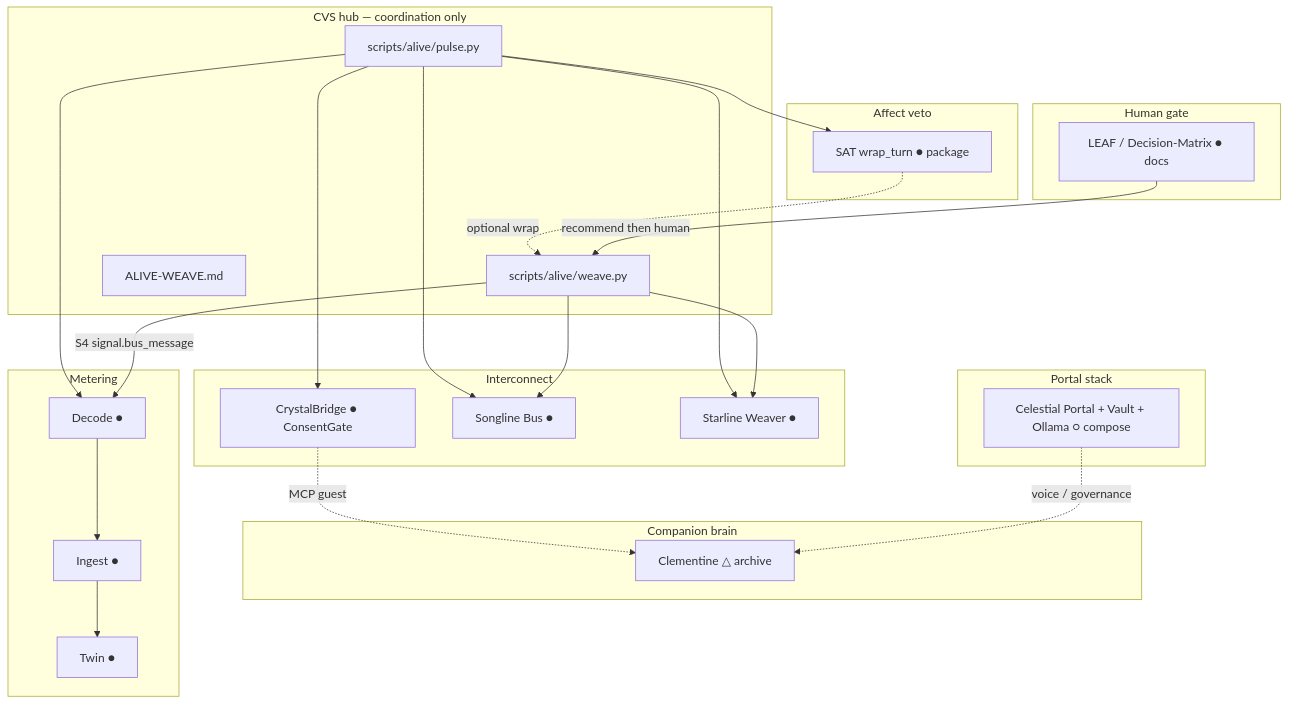
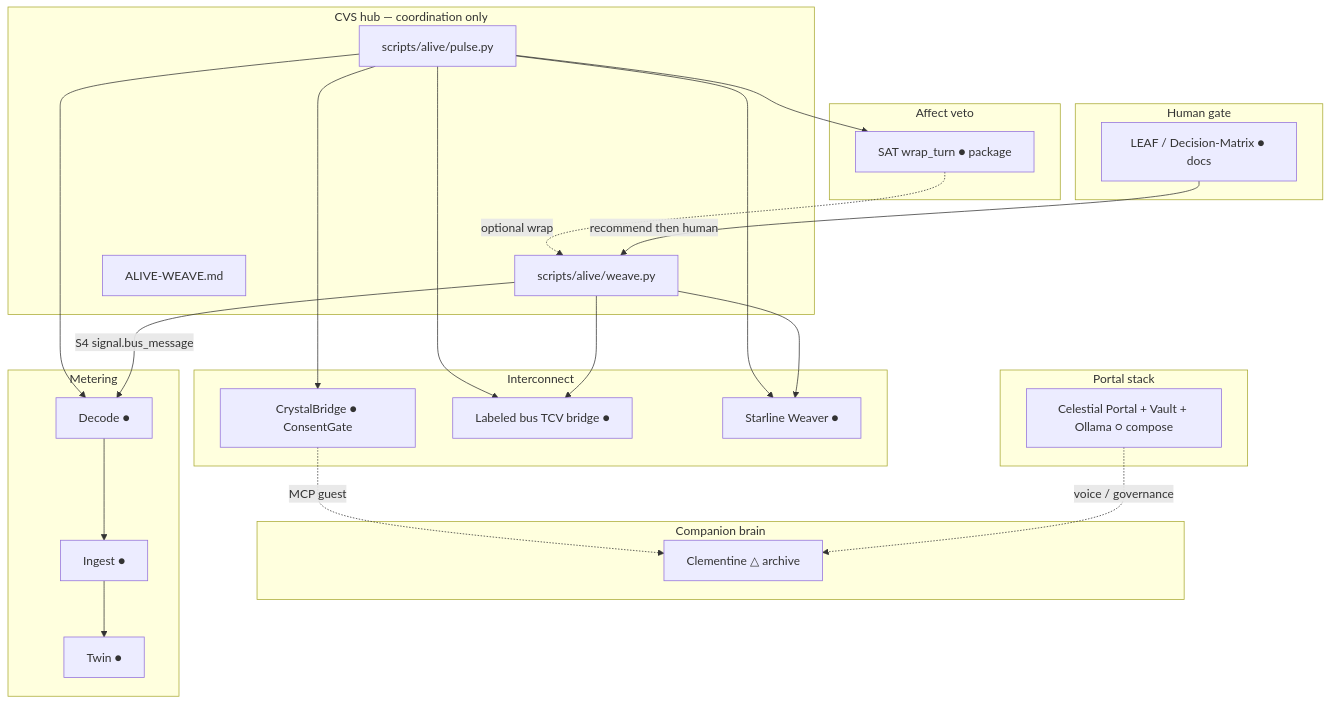
One commit to CrystalArchitect/The-Crystal-Vision-System changed the diagram in 00_MASTER_INDEX/ALIVE-WEAVE.md. Above: the diagram before and after it, drawn with Mermaid. The commit also changed other lines of this file and 8 other files, not shown here.

First line of the commit message:
Drop Songline from hub titles in Alive Weave

````diff
--- a/00_MASTER_INDEX/ALIVE-WEAVE.md
+++ b/00_MASTER_INDEX/ALIVE-WEAVE.md
@@ -21,50 +21,50 @@
 ```mermaid
 flowchart TB
   subgraph hub ["CVS hub — coordination only"]
     Pulse["scripts/alive/pulse.py"]
     Weave["scripts/alive/weave.py"]
     Map["ALIVE-WEAVE.md"]
   end
 
   subgraph companion ["Companion brain"]
     Clem["Clementine △ archive"]
   end
 
   subgraph interconnect ["Interconnect"]
     Bridge["CrystalBridge ● ConsentGate"]
-    Song["Songline Bus ●"]
+    TcvBus["Labeled bus TCV bridge ●"]
     Star["Starline Weaver ●"]
   end
 
   subgraph affect ["Affect veto"]
     SAT["SAT wrap_turn ● package"]
   end
 
   subgraph metering ["Metering"]
     Decode["Decode ●"]
     Ingest["Ingest ●"]
     Twin["Twin ●"]
   end
 
   subgraph portal ["Portal stack"]
     Portal["Celestial Portal + Vault + Ollama ○ compose"]
   end
 
   subgraph human ["Human gate"]
     Leaf["LEAF / Decision-Matrix ● docs"]
   end
 
-  Pulse --> Song
+  Pulse --> TcvBus
   Pulse --> Star
   Pulse --> Bridge
   Pulse --> Decode
   Pulse --> SAT
-  Weave --> Song
+  Weave --> TcvBus
   Weave --> Star
   Weave -->|"S4 signal.bus_message"| Decode
   Decode --> Ingest --> Twin
   Bridge -.->|"MCP guest"| Clem
   SAT -.->|"optional wrap"| Weave
   Portal -.->|"voice / governance"| Clem
   Leaf -->|"recommend then human"| Weave
 ```
````
